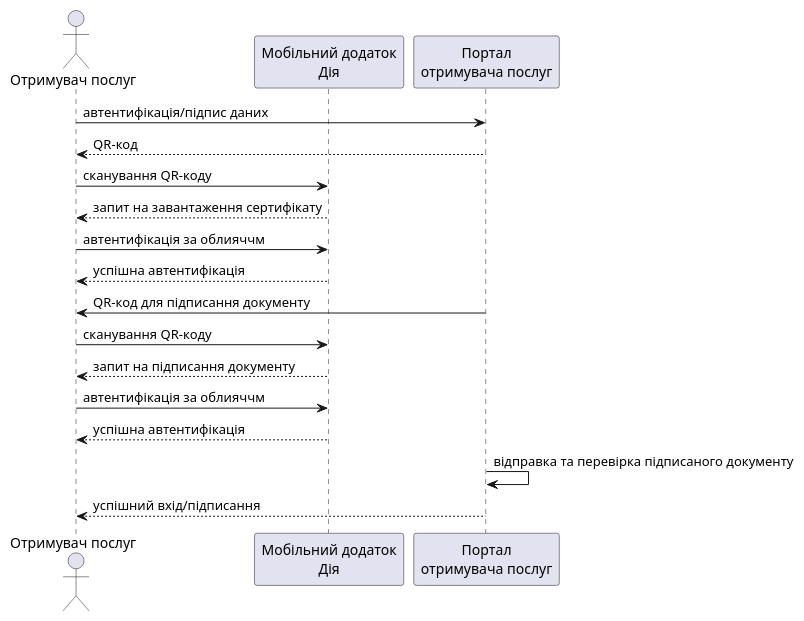
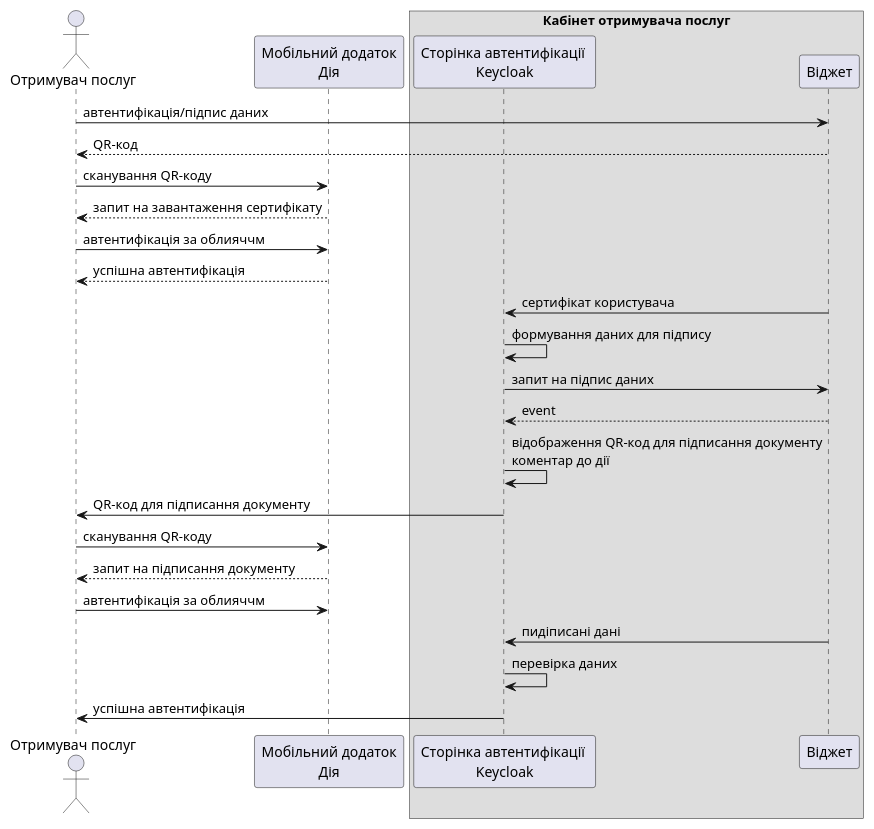
One commit to epam/edp-ddm-architecture changed the diagram in modules/arch/pages/architecture-workspace/platform-evolution/diia-sign.adoc. Above: the diagram before and after it, drawn with PlantUML. The commit also changed other lines of this file and 1 other file, not shown here.

Commit message:
[EDP-DDM-23637] Idgovua integration for registry added

```diff
--- a/modules/arch/pages/architecture-workspace/platform-evolution/diia-sign.adoc
+++ b/modules/arch/pages/architecture-workspace/platform-evolution/diia-sign.adoc
@@ -117,23 +117,30 @@
 [plantuml]
 ----
 actor "Отримувач послуг" as citizen
 participant "Мобільний додаток\nДія" as diia
-participant "Портал\nотримувача послуг" as portal
-
-citizen -> portal: автентифікація/підпис даних
+box "Кабінет отримувача послуг"
+participant "Сторінка автентифікації \nKeycloak" as webapp
+participant "Віджет" as widget
+end box
+citizen -> widget: автентифікація/підпис даних
 return QR-код
 
 citizen -> diia:  сканування QR-коду
 return запит на завантаження сертифікату
 citizen -> diia: автентифікація за облияччм
 return успішна автентифікація
-portal -> citizen: QR-код для підписання документу
+
+widget -> webapp: сертифікат користувача
+webapp -> webapp: формування даних для підпису
+webapp -> widget: запит на підпис даних
+return event
+webapp -> webapp: відображення QR-код для підписання документу\nкоментар до дії
+webapp -> citizen: QR-код для підписання документу
 citizen -> diia:  сканування QR-коду
 return запит на підписання документу
 citizen -> diia: автентифікація за облияччм
-return успішна автентифікація
 
-portal -> portal: відправка та перевірка підписаного документу
-
-portal --> citizen: успішний вхід/підписання
+widget -> webapp: пидіписані дані
+webapp -> webapp: перевірка даних
+webapp -> citizen: успішна автентифікація
 ----
```
